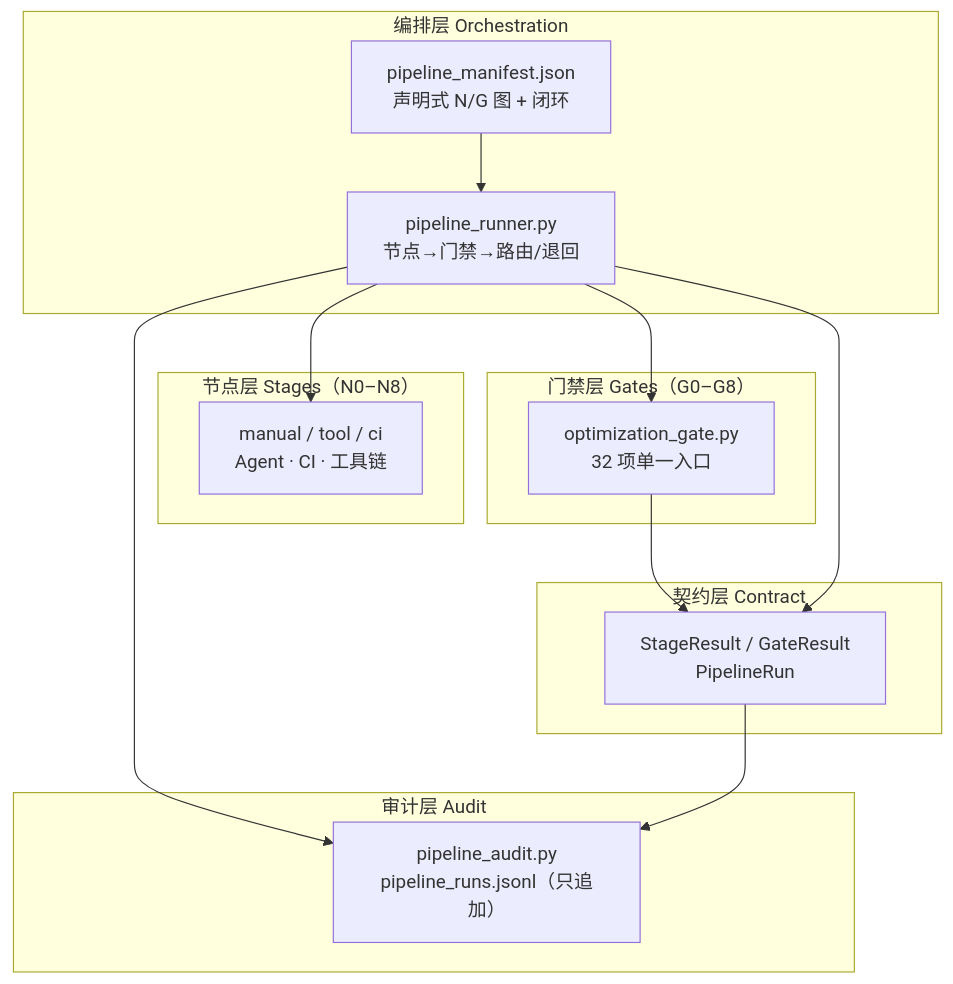
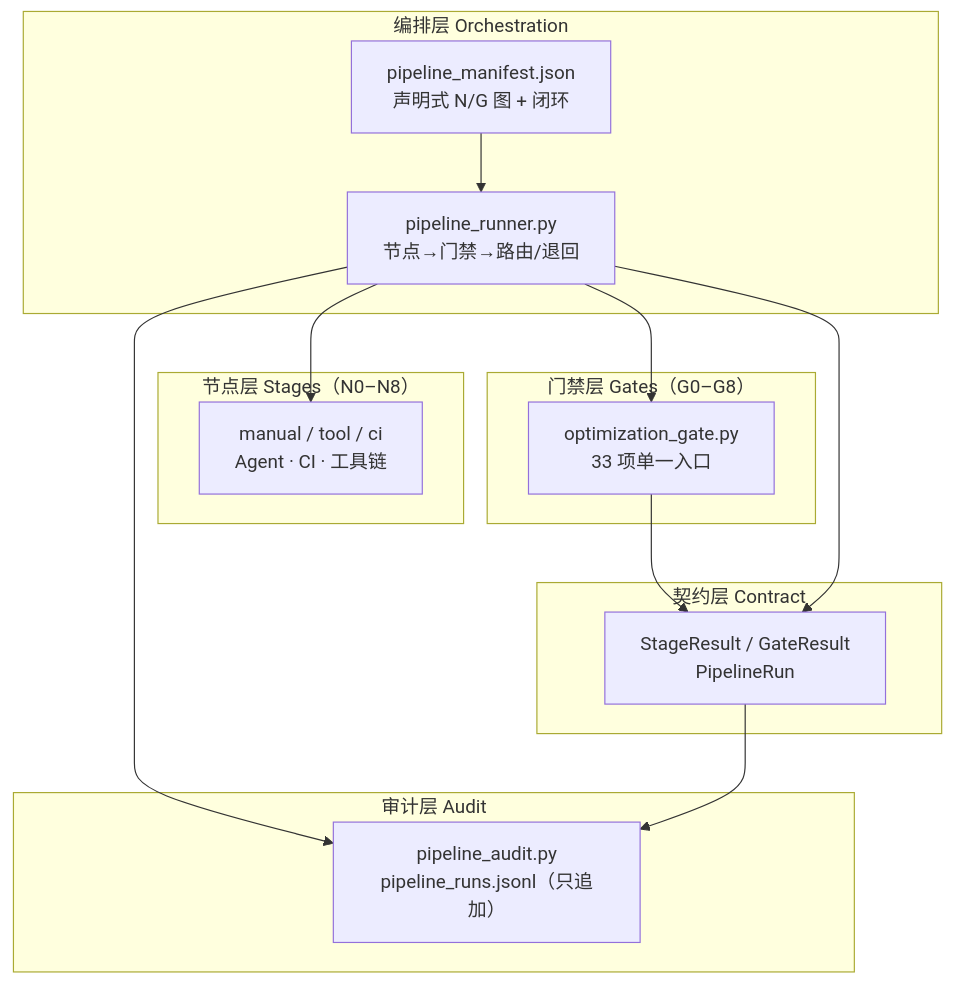
The diagram in engine/docs/report-pipeline-implementation-plan.md (hmbphxkw76-byte/tech-context-digest), drawn with Mermaid before and after one commit. The commit also changed other lines of this file and 23 other files, not shown here.

````diff
--- a/engine/docs/report-pipeline-implementation-plan.md
+++ b/engine/docs/report-pipeline-implementation-plan.md
@@ -24,26 +24,26 @@
 ```mermaid
 flowchart TB
     subgraph ORCH["编排层 Orchestration"]
         M["pipeline_manifest.json<br/>声明式 N/G 图 + 闭环"]
         R["pipeline_runner.py<br/>节点→门禁→路由/退回"]
     end
     subgraph STAGE["节点层 Stages（N0–N8）"]
         S["manual / tool / ci<br/>Agent · CI · 工具链"]
     end
     subgraph GATE["门禁层 Gates（G0–G8）"]
-        OG["optimization_gate.py<br/>32 项单一入口"]
+        OG["optimization_gate.py<br/>33 项单一入口"]
     end
     subgraph CONTRACT["契约层 Contract"]
         C["StageResult / GateResult<br/>PipelineRun"]
     end
     subgraph AUDIT["审计层 Audit"]
         A["pipeline_audit.py<br/>pipeline_runs.jsonl（只追加）"]
     end
     M --> R
     R --> S
     R --> OG
     OG --> C
     R --> C
     R --> A
     C --> A
 ```
````
